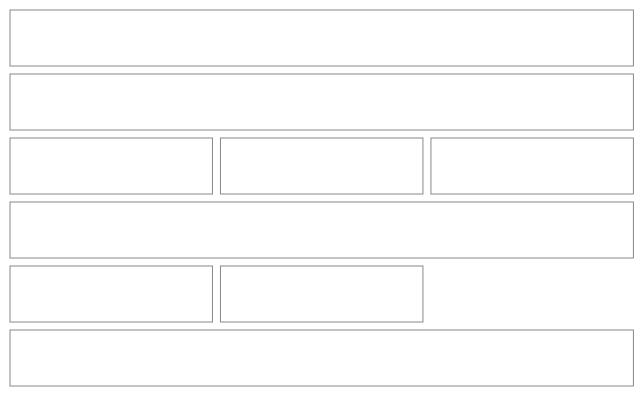
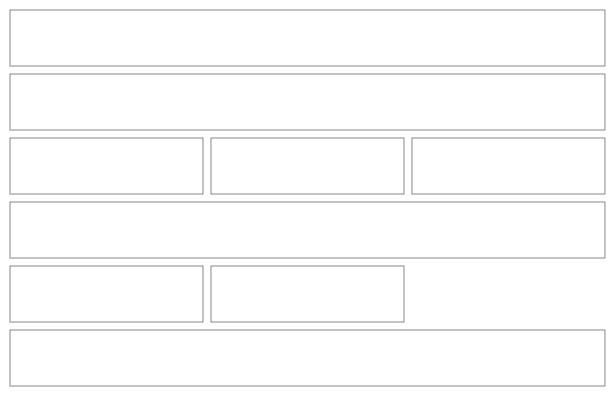
The seventh of 57 diagrams in src/apps/pinch/UX.md (NovaMoonX/moondreams-dev-apps), drawn with Mermaid before and after one commit. The commit also changed other lines of this file and 10 other files, not shown here.

First line of the commit message:
Pinch round 7: the Calendar's averages count only fully priced meals

````diff
--- a/src/apps/pinch/UX.md
+++ b/src/apps/pinch/UX.md
@@ -293,23 +293,23 @@
 ```mermaid
 %%{init: {'theme': 'base', 'themeVariables': {'primaryColor': 'transparent', 'primaryBorderColor': '#888888', 'primaryTextColor': '#333333', 'lineColor': '#888888'}}}%%
 block-beta
   columns 6
   W1["‹   Oct 15 – 21   ›   Month [ Week ]"]:6
   W2["Next 7 days · 20 meals                                  ›"]:6
   W3["$5.05 ⚠<br/>Total so far"]:2
-  W4["$0.30<br/>Avg per priced meal so far"]:2
-  W5["$0.47<br/>Per g protein so far"]:2
+  W4["$0.93<br/>Avg per fully priced meal"]:2
+  W5["$0.47<br/>Per g protein, fully priced"]:2
   W6["Daily average"]:6
   W7["🔥 1850"]:2
   W8["💪 92g"]:2
   space:2
   W9["Earlier, Oct 11–14 · 3 meals   ⌄"]:6
   style W1 fill:transparent,stroke:#888888,stroke-width:1px;
   style W2 fill:transparent,stroke:#888888,stroke-width:1px;
   style W3 fill:transparent,stroke:#888888,stroke-width:1px;
   style W4 fill:transparent,stroke:#888888,stroke-width:1px;
   style W5 fill:transparent,stroke:#888888,stroke-width:1px;
   style W7 fill:transparent,stroke:#888888,stroke-width:1px;
   style W8 fill:transparent,stroke:#888888,stroke-width:1px;
   style W9 fill:transparent,stroke:#888888,stroke-width:1px;
 ```
````
